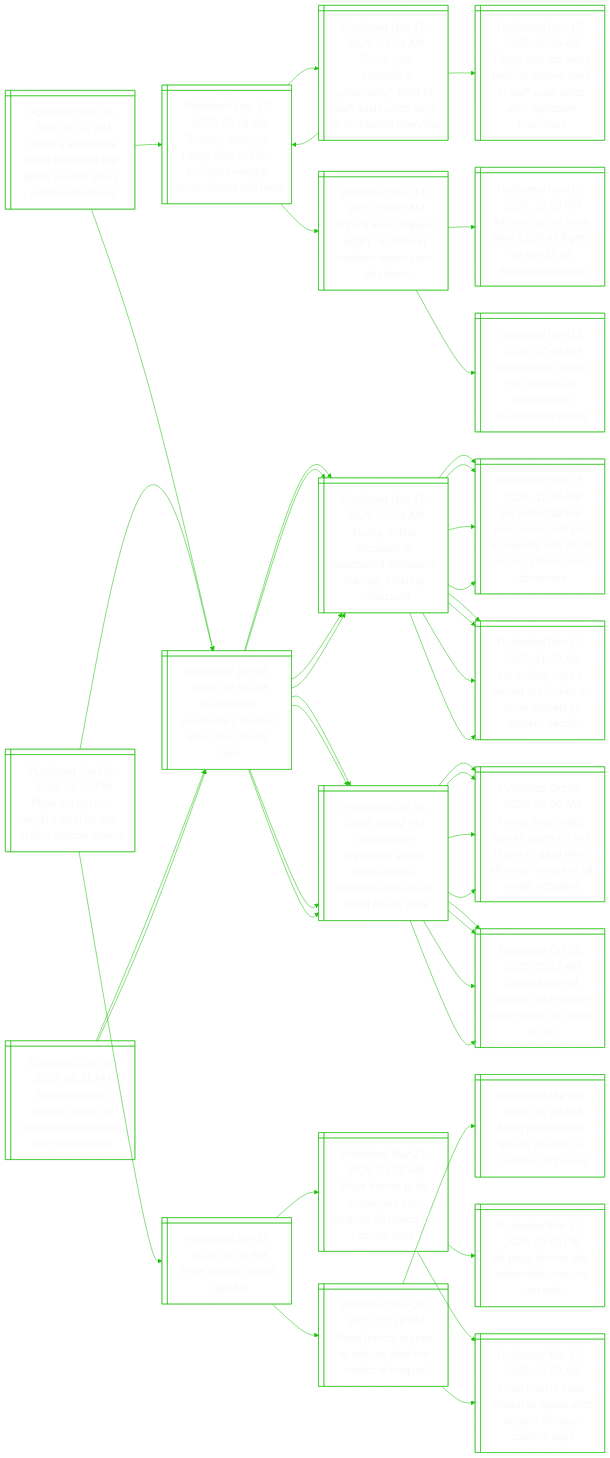
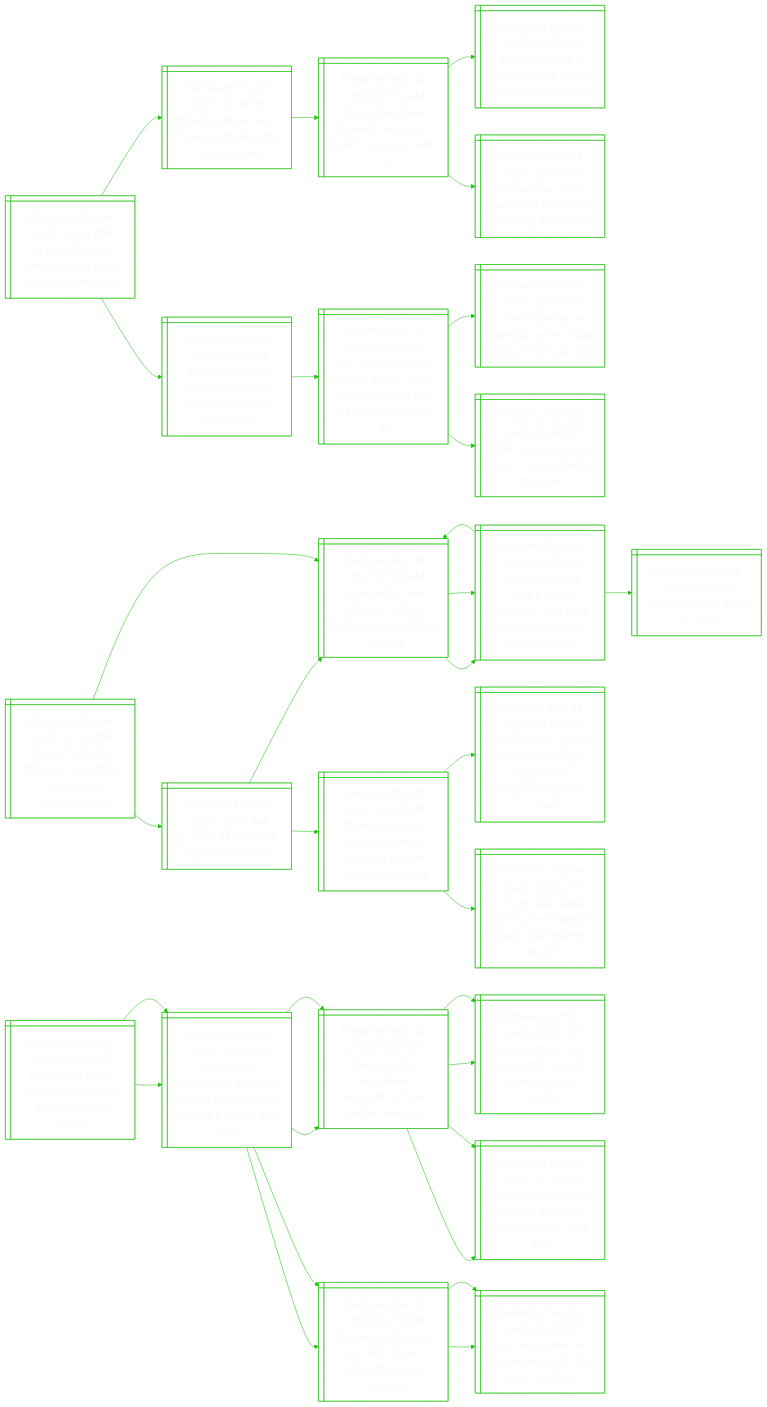
Before and after one commit to notJmes/notJmes: the diagram in README.md, drawn with Mermaid. The commit also changed other lines of this file, not shown here.

````diff
--- a/README.md
+++ b/README.md
@@ -16,142 +16,106 @@
 flowchart LR
 classDef txtsize font-size:20px;
 
-Tszffrtdramrcs@{ shape: win-pane, label: "_Published Jan 09, 2026, 07:12 PM_
-Trump’s venezuela focus frustrates top aides worried about midterm elections" }
-UtVuMorkms@{ shape: win-pane, label: "_Published Jan 03, 2026, 02:58 PM_
-Us captured venezuela’s maduro after strike, trump says" }
-Vuoilranhibai@{ shape: win-pane, label: "_Published Oct 10, 2025, 05:02 PM_
-Venezuelan opposition leader maria corina machado wins 2025 nobel peace prize" }
-TsonoeroelS@{ shape: win-pane, label: "_Published Oct 01, 2025, 05:12 AM_
-Trump says not winning nobel peace prize would be ‘insult’ to us" }
-TssHaossaaorslaoe@{ shape: win-pane, label: "_Published Oct 09, 2025, 05:09 AM_
-Trump says israel, hamas agree on first phase of gaza deal, allowing release of all israeli hostages" }
-Toskftdasitgz@{ shape: win-pane, label: "_Published Dec 17, 2025, 08:34 AM_
-Trump orders blockade of sanctioned oil tankers leaving, entering venezuela" }
-Uistitktvlanf@{ shape: win-pane, label: "_Published Dec 16, 2025, 11:09 AM_
-Us military says it carried out strikes on three vessels in eastern pacific" }
-Uznenltrwtphoon@{ shape: win-pane, label: "_Published Dec 13, 2025, 11:10 AM_
-Us seized tanker near venezuela just as warrant was set to expire, shows court document" }
-TsoastneRrols@{ shape: win-pane, label: "_Published Dec 17, 2025, 03:14 AM_
-Trump’s approval rating slips to 39%, economy weighs, reuters/ipsos poll finds" }
-Hthnndwrust@{ shape: win-pane, label: "_Published Nov 14, 2025, 08:52 AM_
-‘hope it won’t happen again’: us federal workers return post-shutdown" }
-Tsdootveuns@{ shape: win-pane, label: "_Published Nov 13, 2025, 07:48 AM_
-Trump signs deal to end longest us government shutdown in history" }
-Annoalsvuni@{ shape: win-pane, label: "_Published Nov 10, 2025, 10:23 PM_
-Airlines cancel more than 1,500 us flights on nov 10 as shutdown persists" }
-Thcirlhffesiblr@{ shape: win-pane, label: "_Published Dec 17, 2025, 03:34 AM_
-Trump has ‘alcoholic’s personality’, chief of staff susie wiles says in bombshell interview" }
-Tapsiecofieelers@{ shape: win-pane, label: "_Published Dec 17, 2025, 06:45 AM_
-Trump and top aides publicly defend chief of staff susie wiles after explosive interviews" }
-TsoastneRrols@{ shape: win-pane, label: "_Published Dec 17, 2025, 03:14 AM_
-Trump’s approval rating slips to 39%, economy weighs, reuters/ipsos poll finds" }
+Urootenras@{ shape: win-pane, label: "_Published Jan 09, 2026, 11:31 PM_
+Us supreme court does not issue ruling in trump tariffs case" }
+WaknpfcSmr@{ shape: win-pane, label: "_Published Nov 05, 2025, 06:08 PM_
+What’s at stake when trump tariffs face the supreme court" }
+Tflfnccrudi@{ shape: win-pane, label: "_Published Nov 05, 2025, 08:08 AM_
+Trump formalises fentanyl, reciprocal tariff cuts in deal with xi" }
+Anmubsirooe@{ shape: win-pane, label: "_Published Oct 30, 2025, 05:05 PM_
+‘amazing’ trump-xi summit brings tactical truce, not major reset" }
+CuUveeectt@{ shape: win-pane, label: "_Published Nov 04, 2025, 10:36 AM_
+China urges us to avoid ‘red lines’ after reaching trade truce" }
+Apeurewatuty@{ shape: win-pane, label: "_Published Nov 07, 2025, 04:40 AM_
+A trump supreme court tariff defeat would add to trade uncertainty" }
+Unloehmsewne@{ shape: win-pane, label: "_Published Oct 30, 2025, 10:01 AM_
+Us, china seal deal on rare earths; trump says xi meeting was a 12 on scale of 1 to 10" }
+LnmegvpSaee@{ shape: win-pane, label: "_Published Oct 30, 2025, 12:05 AM_
+Looming trump-xi meeting revives hope of us-china trade truce" }
+Wrteamdar@{ shape: win-pane, label: "_Published Oct 21, 2025, 09:47 PM_
+Why rare earths are china’s trump card in trade war" }
 
-Tszffrtdramrcs:::txtsize --> UtVuMorkms:::txtsize
-UtVuMorkms:::txtsize --> Vuoilranhibai:::txtsize
-Vuoilranhibai:::txtsize --> TsonoeroelS:::txtsize
-Vuoilranhibai:::txtsize --> TssHaossaaorslaoe:::txtsize
-UtVuMorkms:::txtsize --> Toskftdasitgz:::txtsize
-Toskftdasitgz:::txtsize --> Uistitktvlanf:::txtsize
-Toskftdasitgz:::txtsize --> Uznenltrwtphoon:::txtsize
-Tszffrtdramrcs:::txtsize --> TsoastneRrols:::txtsize
-TsoastneRrols:::txtsize --> Hthnndwrust:::txtsize
-Hthnndwrust:::txtsize --> Tsdootveuns:::txtsize
-Hthnndwrust:::txtsize --> Annoalsvuni:::txtsize
-TsoastneRrols:::txtsize --> Thcirlhffesiblr:::txtsize
-Thcirlhffesiblr:::txtsize --> Tapsiecofieelers:::txtsize
-Thcirlhffesiblr:::txtsize --> TsoastneRrols:::txtsize
+Urootenras:::txtsize --> WaknpfcSmr:::txtsize
+WaknpfcSmr:::txtsize --> Tflfnccrudi:::txtsize
+Tflfnccrudi:::txtsize --> Anmubsirooe:::txtsize
+Tflfnccrudi:::txtsize --> CuUveeectt:::txtsize
+Urootenras:::txtsize --> Apeurewatuty:::txtsize
+Apeurewatuty:::txtsize --> Unloehmsewne:::txtsize
+Unloehmsewne:::txtsize --> LnmegvpSaee:::txtsize
+Unloehmsewne:::txtsize --> Wrteamdar:::txtsize
 
-Perozoirip@{ shape: win-pane, label: "_Published Jan 09, 2026, 06:32 PM_
-Pope leo decries world’s ‘zeal for war’ in fiery vatican speech" }
-UtVuMorkms@{ shape: win-pane, label: "_Published Jan 03, 2026, 02:58 PM_
-Us captured venezuela’s maduro after strike, trump says" }
-Vuoilranhibai@{ shape: win-pane, label: "_Published Oct 10, 2025, 05:02 PM_
-Venezuelan opposition leader maria corina machado wins 2025 nobel peace prize" }
-TsonoeroelS@{ shape: win-pane, label: "_Published Oct 01, 2025, 05:12 AM_
-Trump says not winning nobel peace prize would be ‘insult’ to us" }
-TssHaossaaorslaoe@{ shape: win-pane, label: "_Published Oct 09, 2025, 05:09 AM_
-Trump says israel, hamas agree on first phase of gaza deal, allowing release of all israeli hostages" }
-Toskftdasitgz@{ shape: win-pane, label: "_Published Dec 17, 2025, 08:34 AM_
-Trump orders blockade of sanctioned oil tankers leaving, entering venezuela" }
-Uistitktvlanf@{ shape: win-pane, label: "_Published Dec 16, 2025, 11:09 AM_
-Us military says it carried out strikes on three vessels in eastern pacific" }
-Uznenltrwtphoon@{ shape: win-pane, label: "_Published Dec 13, 2025, 11:10 AM_
-Us seized tanker near venezuela just as warrant was set to expire, shows court document" }
-Prsa@{ shape: win-pane, label: "_Published Apr 21, 2025, 04:01 PM_
-Pope francis dies at age 88" }
-Prsdafoaaos@{ shape: win-pane, label: "_Published Mar 23, 2025, 01:28 AM_
-Pope francis to be discharged from hospital on march 23, doctor says" }
-Prsrrpfxtpds@{ shape: win-pane, label: "_Published Mar 22, 2025, 03:53 AM_
-Pope francis must relearn to speak after oxygen therapy, cardinal says" }
-Aecllsoud@{ shape: win-pane, label: "_Published Mar 19, 2025, 09:05 PM_
-As pope francis ails, outlandish rumours run wild" }
-PrsrVaeessl@{ shape: win-pane, label: "_Published Mar 23, 2025, 07:19 PM_
-Pope francis returns to vatican after five weeks in hospital" }
-Prsrrpfxtpds@{ shape: win-pane, label: "_Published Mar 22, 2025, 03:53 AM_
-Pope francis must relearn to speak after oxygen therapy, cardinal says" }
-AgFincadno@{ shape: win-pane, label: "_Published Mar 09, 2025, 04:10 PM_
-Ailing pope francis thanks doctors as condition improves" }
+Eedipoiimst@{ shape: win-pane, label: "_Published Jan 09, 2026, 11:06 PM_
+Eu chief pledges $930m in support for syria during damascus visit" }
+EiloaoS@{ shape: win-pane, label: "_Published May 21, 2025, 01:05 AM_
+Eu to lift all economic sanctions on syria" }
+SnltiARahtoy@{ shape: win-pane, label: "_Published Dec 08, 2024, 08:51 AM_
+Syrian rebels oust president assad; russia says he left the country" }
+Wasrsnnafriben@{ shape: win-pane, label: "_Published Dec 08, 2024, 06:07 PM_
+Whereabouts of syria's assad unknown, with army officers saying he boarded plane" }
+Tsynctrhntoi@{ shape: win-pane, label: "_Published May 15, 2025, 05:47 AM_
+Trump’s big syria announcement surprised his own sanctions officials" }
+TmSniSasobtir@{ shape: win-pane, label: "_Published May 14, 2025, 03:47 PM_
+Trump meets syrian president sharaa, urges him to establish ties with israel" }
+Tpekvgniiie@{ shape: win-pane, label: "_Published May 14, 2025, 07:20 AM_
+Trump puts deal-making over rights in saudi arabia policy speech" }
+SnltiARahtoy@{ shape: win-pane, label: "_Published Dec 08, 2024, 08:51 AM_
+Syrian rebels oust president assad; russia says he left the country" }
+Wasrsnnafriben@{ shape: win-pane, label: "_Published Dec 08, 2024, 06:07 PM_
+Whereabouts of syria's assad unknown, with army officers saying he boarded plane" }
+SnltiARahtoy@{ shape: win-pane, label: "_Published Dec 08, 2024, 08:51 AM_
+Syrian rebels oust president assad; russia says he left the country" }
+Hmsis@{ shape: win-pane, label: "_Published Dec 08, 2024, 04:00 PM_
+How damascus fell in 11 days" }
 
-Perozoirip:::txtsize --> UtVuMorkms:::txtsize
-UtVuMorkms:::txtsize --> Vuoilranhibai:::txtsize
-Vuoilranhibai:::txtsize --> TsonoeroelS:::txtsize
-Vuoilranhibai:::txtsize --> TssHaossaaorslaoe:::txtsize
-UtVuMorkms:::txtsize --> Toskftdasitgz:::txtsize
-Toskftdasitgz:::txtsize --> Uistitktvlanf:::txtsize
-Toskftdasitgz:::txtsize --> Uznenltrwtphoon:::txtsize
-Perozoirip:::txtsize --> Prsa:::txtsize
-Prsa:::txtsize --> Prsdafoaaos:::txtsize
-Prsdafoaaos:::txtsize --> Prsrrpfxtpds:::txtsize
-Prsdafoaaos:::txtsize --> Aecllsoud:::txtsize
-Prsa:::txtsize --> PrsrVaeessl:::txtsize
-PrsrVaeessl:::txtsize --> Prsrrpfxtpds:::txtsize
-PrsrVaeessl:::txtsize --> AgFincadno:::txtsize
+Eedipoiimst:::txtsize --> EiloaoS:::txtsize
+EiloaoS:::txtsize --> SnltiARahtoy:::txtsize
+SnltiARahtoy:::txtsize --> Wasrsnnafriben:::txtsize
+EiloaoS:::txtsize --> Tsynctrhntoi:::txtsize
+Tsynctrhntoi:::txtsize --> TmSniSasobtir:::txtsize
+Tsynctrhntoi:::txtsize --> Tpekvgniiie:::txtsize
+Eedipoiimst:::txtsize --> SnltiARahtoy:::txtsize
+SnltiARahtoy:::txtsize --> Wasrsnnafriben:::txtsize
+Wasrsnnafriben:::txtsize --> SnltiARahtoy:::txtsize
+Wasrsnnafriben:::txtsize --> Hmsis:::txtsize
 
-Tclovtsnlepi@{ shape: win-pane, label: "_Published Jan 09, 2026, 06:31 PM_
-Trump cancels second wave of attacks on venezuela after cooperation" }
-UtVuMorkms@{ shape: win-pane, label: "_Published Jan 03, 2026, 02:58 PM_
-Us captured venezuela’s maduro after strike, trump says" }
-Vuoilranhibai@{ shape: win-pane, label: "_Published Oct 10, 2025, 05:02 PM_
-Venezuelan opposition leader maria corina machado wins 2025 nobel peace prize" }
-TsonoeroelS@{ shape: win-pane, label: "_Published Oct 01, 2025, 05:12 AM_
-Trump says not winning nobel peace prize would be ‘insult’ to us" }
-TssHaossaaorslaoe@{ shape: win-pane, label: "_Published Oct 09, 2025, 05:09 AM_
-Trump says israel, hamas agree on first phase of gaza deal, allowing release of all israeli hostages" }
-Toskftdasitgz@{ shape: win-pane, label: "_Published Dec 17, 2025, 08:34 AM_
-Trump orders blockade of sanctioned oil tankers leaving, entering venezuela" }
-Uistitktvlanf@{ shape: win-pane, label: "_Published Dec 16, 2025, 11:09 AM_
-Us military says it carried out strikes on three vessels in eastern pacific" }
-Uznenltrwtphoon@{ shape: win-pane, label: "_Published Dec 13, 2025, 11:10 AM_
-Us seized tanker near venezuela just as warrant was set to expire, shows court document" }
-UtVuMorkms@{ shape: win-pane, label: "_Published Jan 03, 2026, 02:58 PM_
-Us captured venezuela’s maduro after strike, trump says" }
-Vuoilranhibai@{ shape: win-pane, label: "_Published Oct 10, 2025, 05:02 PM_
-Venezuelan opposition leader maria corina machado wins 2025 nobel peace prize" }
-TsonoeroelS@{ shape: win-pane, label: "_Published Oct 01, 2025, 05:12 AM_
-Trump says not winning nobel peace prize would be ‘insult’ to us" }
-TssHaossaaorslaoe@{ shape: win-pane, label: "_Published Oct 09, 2025, 05:09 AM_
-Trump says israel, hamas agree on first phase of gaza deal, allowing release of all israeli hostages" }
-Toskftdasitgz@{ shape: win-pane, label: "_Published Dec 17, 2025, 08:34 AM_
-Trump orders blockade of sanctioned oil tankers leaving, entering venezuela" }
-Uistitktvlanf@{ shape: win-pane, label: "_Published Dec 16, 2025, 11:09 AM_
-Us military says it carried out strikes on three vessels in eastern pacific" }
-Uznenltrwtphoon@{ shape: win-pane, label: "_Published Dec 13, 2025, 11:10 AM_
-Us seized tanker near venezuela just as warrant was set to expire, shows court document" }
+KarrnisaRac@{ shape: win-pane, label: "_Published Jan 09, 2026, 10:59 PM_
+Kyiv mayor urges freezing residents to leave as russia attacks" }
+Rasrchiererseh@{ shape: win-pane, label: "_Published Jan 09, 2026, 03:56 PM_
+Russia fires hypersonic oreshnik missile at target near ukraine’s border with nato" }
+Ppeatrcnswn@{ shape: win-pane, label: "_Published Nov 05, 2025, 04:52 AM_
+Putin praises capabilities, prospects of new russian weapons" }
+Rasniurruie@{ shape: win-pane, label: "_Published Oct 26, 2025, 04:01 PM_
+Russia tests new ‘invincible’ nuclear-powered cruise missile" }
+RasepPdprPs@{ shape: win-pane, label: "_Published Oct 29, 2025, 08:36 PM_
+Russia tests nuclear-capable poseidon super torpedo, putin says" }
+Rarnksdpeue@{ shape: win-pane, label: "_Published Nov 25, 2025, 04:43 PM_
+Russian barrage on kyiv kills seven, disrupts energy supplies" }
+UKisrlerr@{ shape: win-pane, label: "_Published Nov 24, 2025, 05:43 PM_
+Us and kyiv discuss reworked plan to end war in ukraine" }
+Rasrchiererseh@{ shape: win-pane, label: "_Published Jan 09, 2026, 03:56 PM_
+Russia fires hypersonic oreshnik missile at target near ukraine’s border with nato" }
+Ppeatrcnswn@{ shape: win-pane, label: "_Published Nov 05, 2025, 04:52 AM_
+Putin praises capabilities, prospects of new russian weapons" }
+Rasniurruie@{ shape: win-pane, label: "_Published Oct 26, 2025, 04:01 PM_
+Russia tests new ‘invincible’ nuclear-powered cruise missile" }
+RasepPdprPs@{ shape: win-pane, label: "_Published Oct 29, 2025, 08:36 PM_
+Russia tests nuclear-capable poseidon super torpedo, putin says" }
+Rarnksdpeue@{ shape: win-pane, label: "_Published Nov 25, 2025, 04:43 PM_
+Russian barrage on kyiv kills seven, disrupts energy supplies" }
+UKisrlerr@{ shape: win-pane, label: "_Published Nov 24, 2025, 05:43 PM_
+Us and kyiv discuss reworked plan to end war in ukraine" }
 
-Tclovtsnlepi:::txtsize --> UtVuMorkms:::txtsize
-UtVuMorkms:::txtsize --> Vuoilranhibai:::txtsize
-Vuoilranhibai:::txtsize --> TsonoeroelS:::txtsize
-Vuoilranhibai:::txtsize --> TssHaossaaorslaoe:::txtsize
-UtVuMorkms:::txtsize --> Toskftdasitgz:::txtsize
-Toskftdasitgz:::txtsize --> Uistitktvlanf:::txtsize
-Toskftdasitgz:::txtsize --> Uznenltrwtphoon:::txtsize
-Tclovtsnlepi:::txtsize --> UtVuMorkms:::txtsize
-UtVuMorkms:::txtsize --> Vuoilranhibai:::txtsize
-Vuoilranhibai:::txtsize --> TsonoeroelS:::txtsize
-Vuoilranhibai:::txtsize --> TssHaossaaorslaoe:::txtsize
-UtVuMorkms:::txtsize --> Toskftdasitgz:::txtsize
-Toskftdasitgz:::txtsize --> Uistitktvlanf:::txtsize
-Toskftdasitgz:::txtsize --> Uznenltrwtphoon:::txtsize
+KarrnisaRac:::txtsize --> Rasrchiererseh:::txtsize
+Rasrchiererseh:::txtsize --> Ppeatrcnswn:::txtsize
+Ppeatrcnswn:::txtsize --> Rasniurruie:::txtsize
+Ppeatrcnswn:::txtsize --> RasepPdprPs:::txtsize
+Rasrchiererseh:::txtsize --> Rarnksdpeue:::txtsize
+Rarnksdpeue:::txtsize --> UKisrlerr:::txtsize
+KarrnisaRac:::txtsize --> Rasrchiererseh:::txtsize
+Rasrchiererseh:::txtsize --> Ppeatrcnswn:::txtsize
+Ppeatrcnswn:::txtsize --> Rasniurruie:::txtsize
+Ppeatrcnswn:::txtsize --> RasepPdprPs:::txtsize
+Rasrchiererseh:::txtsize --> Rarnksdpeue:::txtsize
+Rarnksdpeue:::txtsize --> UKisrlerr:::txtsize
 
 ```
````
